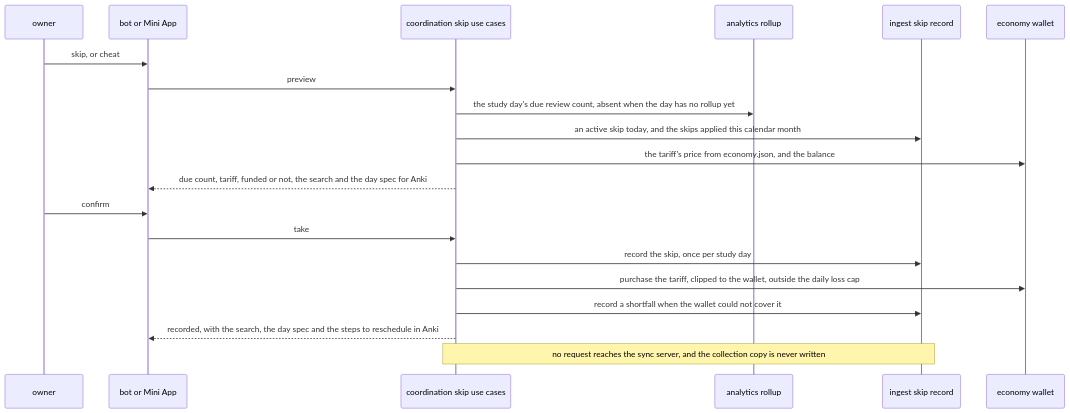
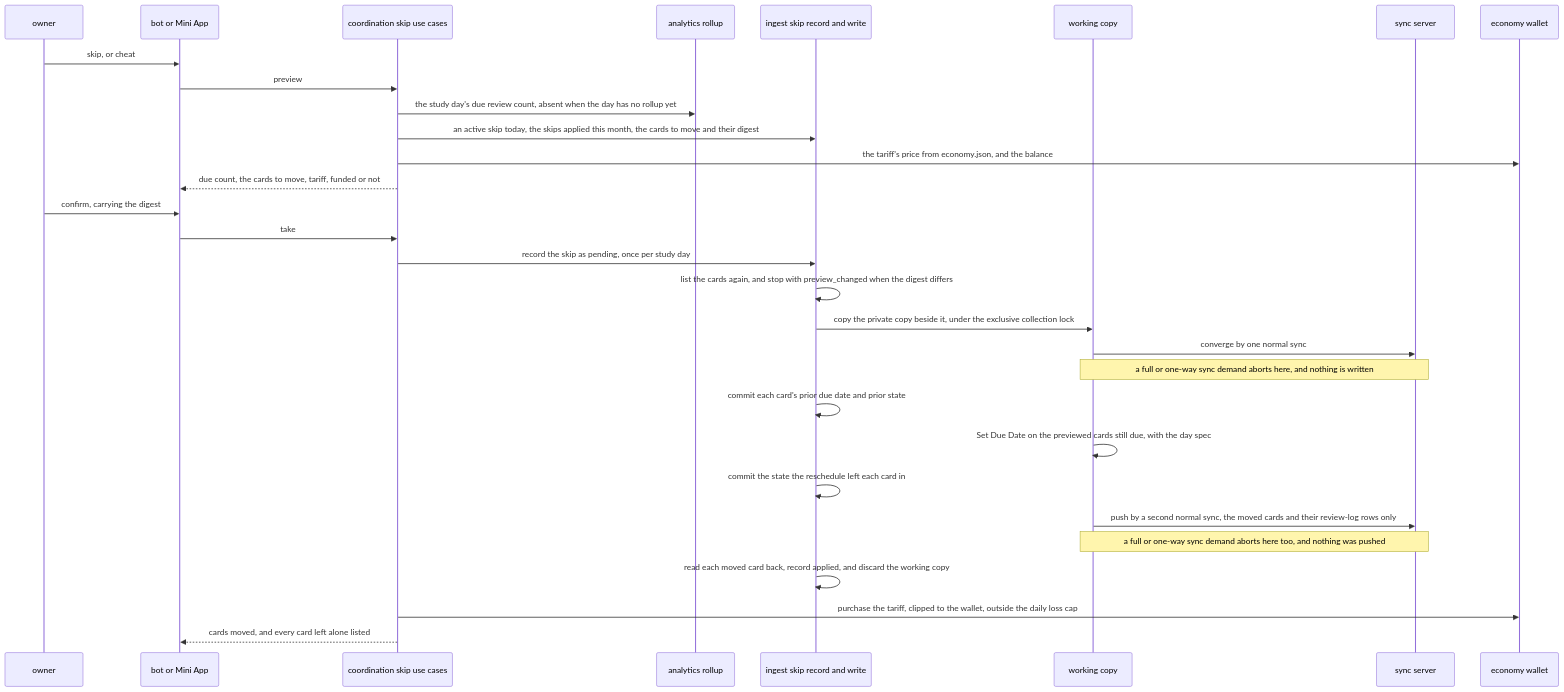
Before and after one commit to RexRenatus/deck-streak: the first of 4 diagrams in docs/schematics/skip-day-record-and-effects.md, drawn with Mermaid. The commit also changed other lines of this file and 3 other files, not shown here.

Commit message:
docs(spec): specify the skip day's write and its exact undo

````diff
--- a/docs/schematics/skip-day-record-and-effects.md
+++ b/docs/schematics/skip-day-record-and-effects.md
@@ -15,22 +17,32 @@
 ```mermaid
 sequenceDiagram
   participant O as owner
   participant S as bot or Mini App
   participant C as coordination skip use cases
   participant A as analytics rollup
-  participant I as ingest skip record
+  participant I as ingest skip record and write
+  participant W as working copy
+  participant V as sync server
   participant E as economy wallet
   O->>S: skip, or cheat
   S->>C: preview
   C->>A: the study day's due review count, absent when the day has no rollup yet
-  C->>I: an active skip today, and the skips applied this calendar month
+  C->>I: an active skip today, the skips applied this month, the cards to move and their digest
   C->>E: the tariff's price from economy.json, and the balance
-  C-->>S: due count, tariff, funded or not, the search and the day spec for Anki
-  O->>S: confirm
+  C-->>S: due count, the cards to move, tariff, funded or not
+  O->>S: confirm, carrying the digest
   S->>C: take
-  C->>I: record the skip, once per study day
+  C->>I: record the skip as pending, once per study day
+  I->>I: list the cards again, and stop with preview_changed when the digest differs
+  I->>W: copy the private copy beside it, under the exclusive collection lock
+  W->>V: converge by one normal sync
+  Note over W,V: a full or one-way sync demand aborts here, and nothing is written
+  I->>I: commit each card's prior due date and prior state
+  W->>W: Set Due Date on the previewed cards still due, with the day spec
+  I->>I: commit the state the reschedule left each card in
+  W->>V: push by a second normal sync, the moved cards and their review-log rows only
+  Note over W,V: a full or one-way sync demand aborts here too, and nothing was pushed
+  I->>I: read each moved card back, record applied, and discard the working copy
   C->>E: purchase the tariff, clipped to the wallet, outside the daily loss cap
-  C->>I: record a shortfall when the wallet could not cover it
-  C-->>S: recorded, with the search, the day spec and the steps to reschedule in Anki
-  Note over C,I: no request reaches the sync server, and the collection copy is never written
+  C-->>S: cards moved, and every card left alone listed
 ```
````
